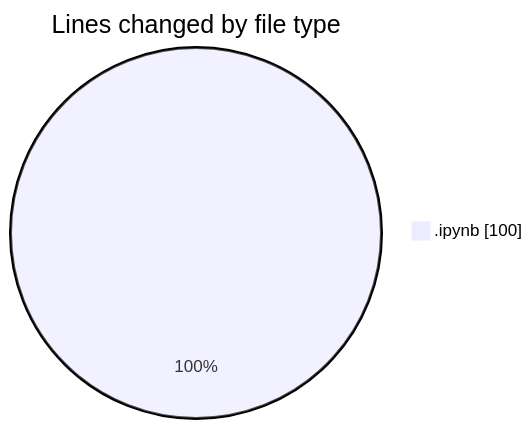
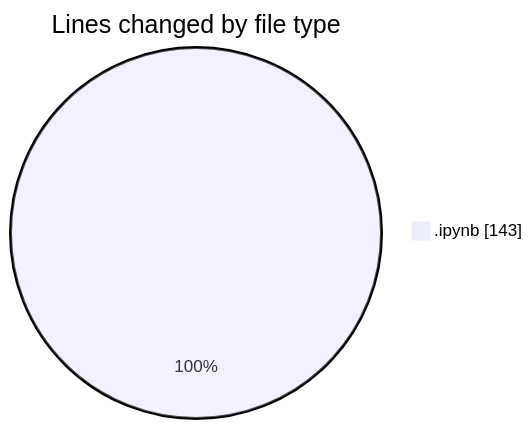
The first of 2 diagrams in 2026-02-05/fondamentals/README.md (hasnaa123/code-tracking), drawn with Mermaid before and after one commit. The commit also changed other lines of this file and 1 other file, not shown here.

````diff
--- a/2026-02-05/fondamentals/README.md
+++ b/2026-02-05/fondamentals/README.md
@@ -20,5 +20,5 @@
 ```mermaid
 pie showData
 title Lines changed by file type
-".ipynb" : 100
+".ipynb" : 143
 ```
````
